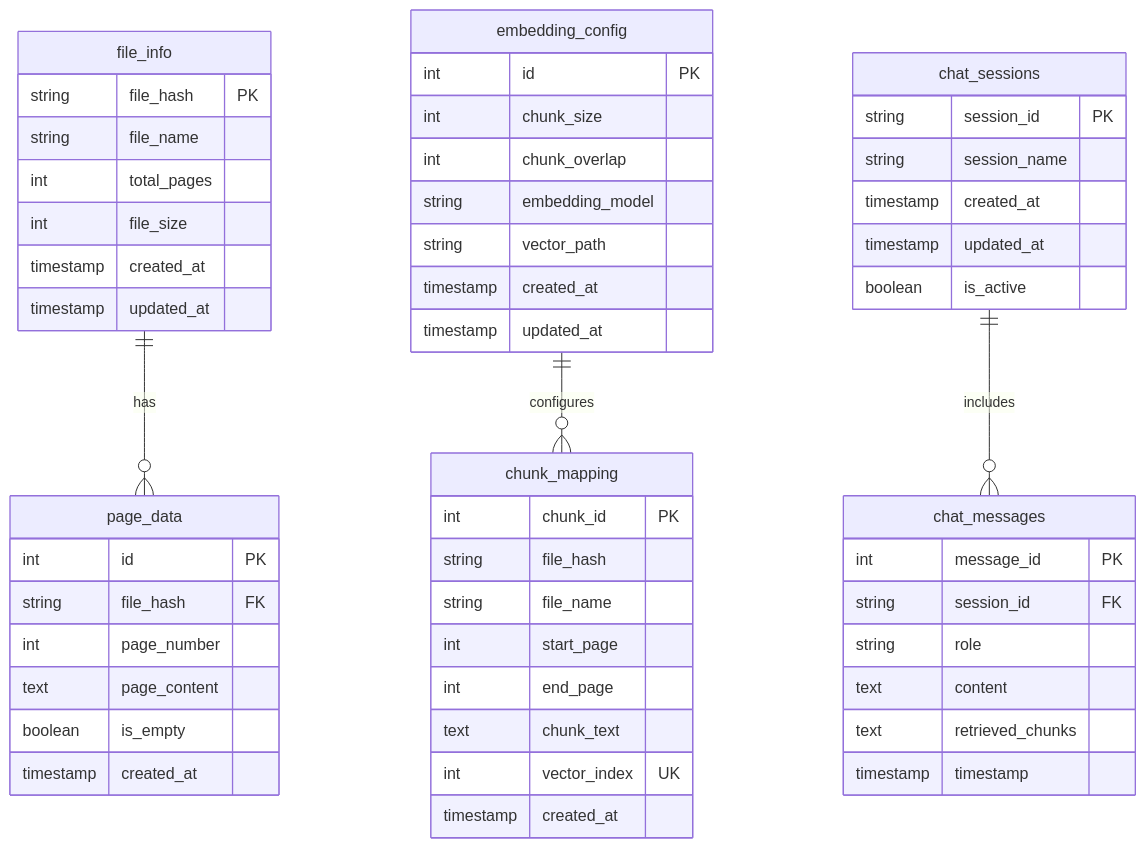
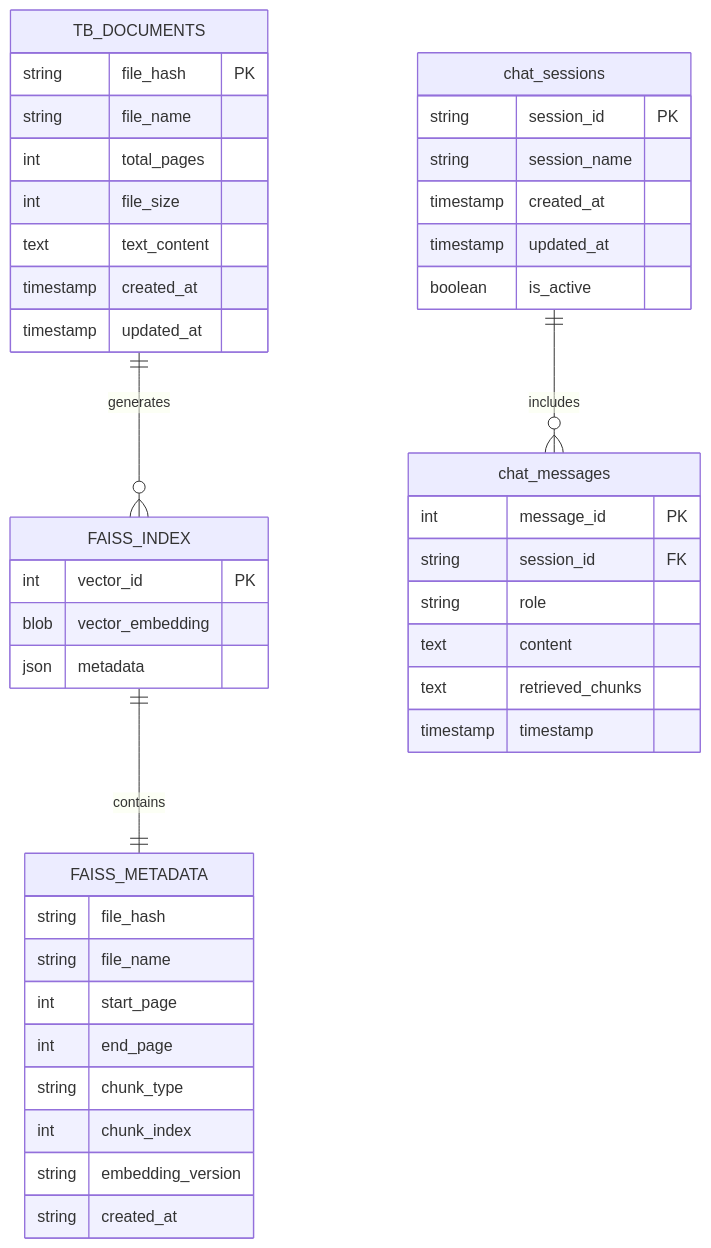
Before and after one commit to c0z0c/codeit_ai_g2b_search: the ninth of 11 diagrams in docs/doc/시스템_아키텍처_설계서.md, drawn with Mermaid. The commit also changed other lines of this file, not shown here.

````diff
--- a/docs/doc/시스템_아키텍처_설계서.md
+++ b/docs/doc/시스템_아키텍처_설계서.md
@@ -924,58 +934,49 @@
 ```mermaid
 erDiagram
-    file_info ||--o{ page_data : "has"
-    file_info {
+    TB_DOCUMENTS {
         string file_hash PK
         string file_name
         int total_pages
         int file_size
+        text text_content
         timestamp created_at
         timestamp updated_at
     }
-    page_data {
-        int id PK
-        string file_hash FK
-        int page_number
-        text page_content
-        boolean is_empty
-        timestamp created_at
+
+    FAISS_INDEX {
+        int vector_id PK
+        blob vector_embedding
+        json metadata
     }
 
-    embedding_config ||--o{ chunk_mapping : "configures"
-    embedding_config {
-        int id PK
-        int chunk_size
-        int chunk_overlap
-        string embedding_model
-        string vector_path
-        timestamp created_at
-        timestamp updated_at
-    }
-    chunk_mapping {
-        int chunk_id PK
+    FAISS_METADATA {
         string file_hash
         string file_name
         int start_page
         int end_page
-        text chunk_text
-        int vector_index UK
-        timestamp created_at
+        string chunk_type
+        int chunk_index
+        string embedding_version
+        string created_at
     }
 
     chat_sessions ||--o{ chat_messages : "includes"
     chat_sessions {
         string session_id PK
         string session_name
         timestamp created_at
         timestamp updated_at
         boolean is_active
     }
     chat_messages {
         int message_id PK
         string session_id FK
         string role
         text content
         text retrieved_chunks
         timestamp timestamp
     }
+
+    TB_DOCUMENTS ||--o{ FAISS_INDEX : "generates"
+    FAISS_INDEX ||--|| FAISS_METADATA : "contains"
 ```
````
